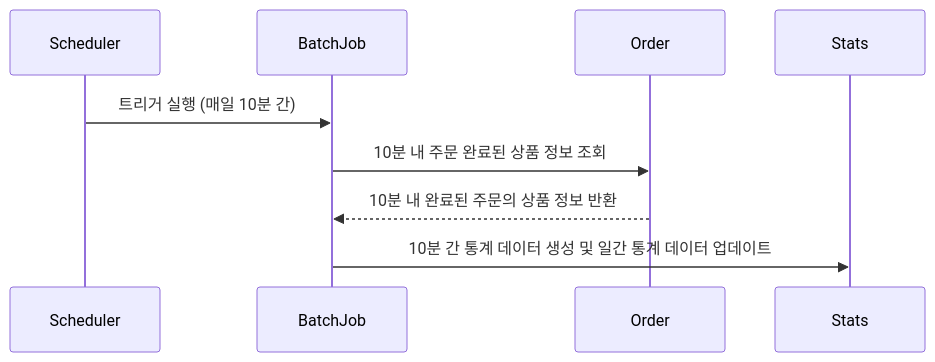
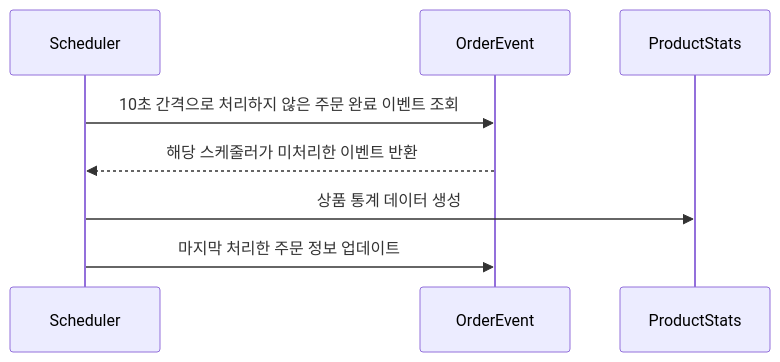
One commit to alert-kim/e-commerce changed the first of 3 diagrams in docs/specs/product-stat.md. Above: the diagram before and after it, drawn with Mermaid. The commit also changed other lines of this file and 14 other files, not shown here.

````diff
--- a/docs/specs/product-stat.md
+++ b/docs/specs/product-stat.md
@@ -6,12 +5,11 @@
 ```mermaid
 sequenceDiagram
     participant Scheduler
-    participant BatchJob
-    participant Order
-    participant Stats
+    participant OrderEvent
+    participant ProductStats
 
-    Scheduler->>BatchJob: 트리거 실행 (매일 10분 간)
-    BatchJob->>Order: 10분 내 주문 완료된 상품 정보 조회
-    Order-->>BatchJob: 10분 내 완료된 주문의 상품 정보 반환
-    BatchJob->>Stats: 10분 간 통계 데이터 생성 및 일간 통계 데이터 업데이트
+    Scheduler->>OrderEvent: 10초 간격으로 처리하지 않은 주문 완료 이벤트 조회
+    OrderEvent-->>Scheduler: 해당 스케줄러가 미처리한 이벤트 반환
+    Scheduler->>ProductStats: 상품 통계 데이터 생성
+    Scheduler->>OrderEvent: 마지막 처리한 주문 정보 업데이트
 ```
````
